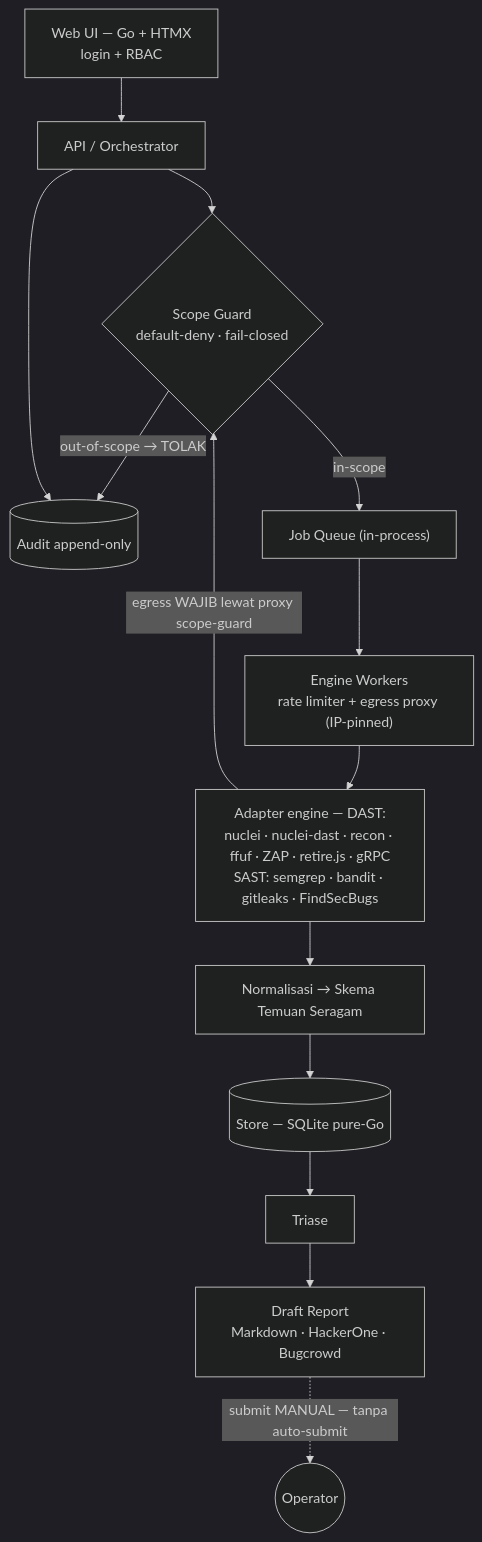
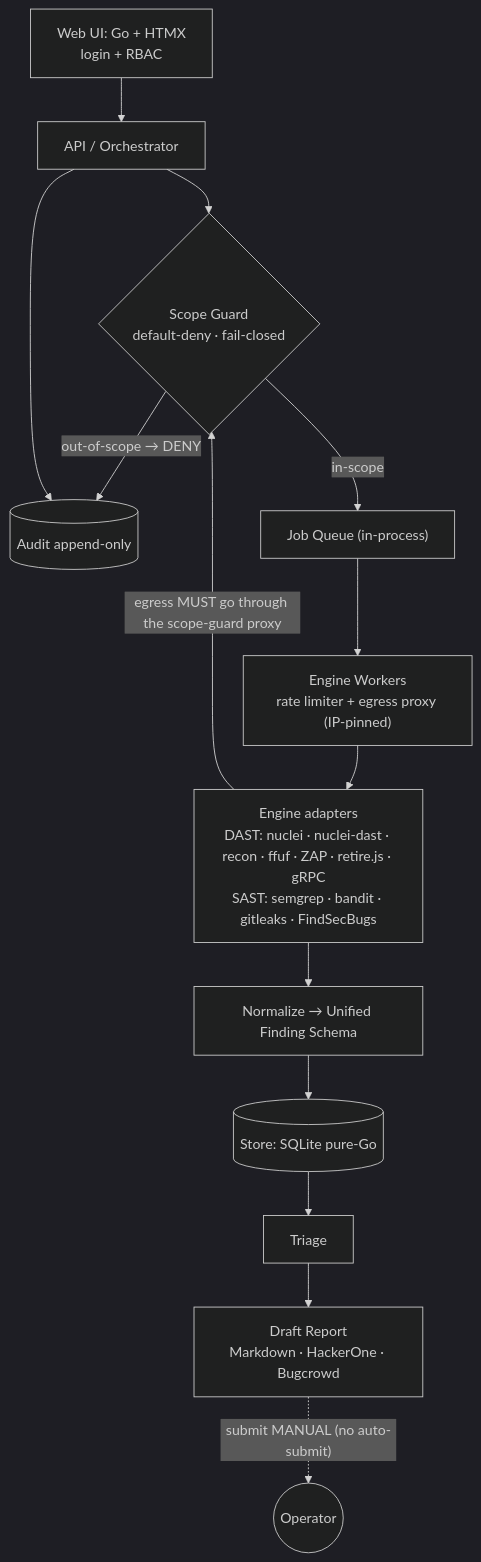
One commit to Gh05txvx/bughound changed the first of 2 diagrams in README.md. Above: the diagram before and after it, drawn with Mermaid (dark theme). The commit also changed other lines of this file and 262 other files, not shown here.

````diff
--- a/README.md
+++ b/README.md
@@ -93,16 +93,16 @@
 ```mermaid
 flowchart TD
-    UI["Web UI — Go + HTMX<br/>login + RBAC"] --> API["API / Orchestrator"]
+    UI["Web UI: Go + HTMX<br/>login + RBAC"] --> API["API / Orchestrator"]
     API --> SG{"Scope Guard<br/>default-deny · fail-closed"}
-    SG -- "out-of-scope → TOLAK" --> AUD[("Audit append-only")]
+    SG -- "out-of-scope → DENY" --> AUD[("Audit append-only")]
     SG -- "in-scope" --> Q["Job Queue (in-process)"]
     Q --> W["Engine Workers<br/>rate limiter + egress proxy (IP-pinned)"]
-    W --> ENG["Adapter engine — DAST:<br/>nuclei · nuclei-dast · recon · ffuf · ZAP · retire.js · gRPC<br/>SAST: semgrep · bandit · gitleaks · FindSecBugs"]
-    ENG -- "egress WAJIB lewat proxy scope-guard" --> SG
-    ENG --> NORM["Normalisasi → Skema Temuan Seragam"]
-    NORM --> STORE[("Store — SQLite pure-Go")]
-    STORE --> TRI["Triase"]
+    W --> ENG["Engine adapters<br/>DAST: nuclei · nuclei-dast · recon · ffuf · ZAP · retire.js · gRPC<br/>SAST: semgrep · bandit · gitleaks · FindSecBugs"]
+    ENG -- "egress MUST go through the scope-guard proxy" --> SG
+    ENG --> NORM["Normalize → Unified Finding Schema"]
+    NORM --> STORE[("Store: SQLite pure-Go")]
+    STORE --> TRI["Triage"]
     TRI --> REP["Draft Report<br/>Markdown · HackerOne · Bugcrowd"]
     API --> AUD
-    REP -. "submit MANUAL — tanpa auto-submit" .-> OP(("Operator"))
+    REP -. "submit MANUAL (no auto-submit)" .-> OP(("Operator"))
 ```
````
